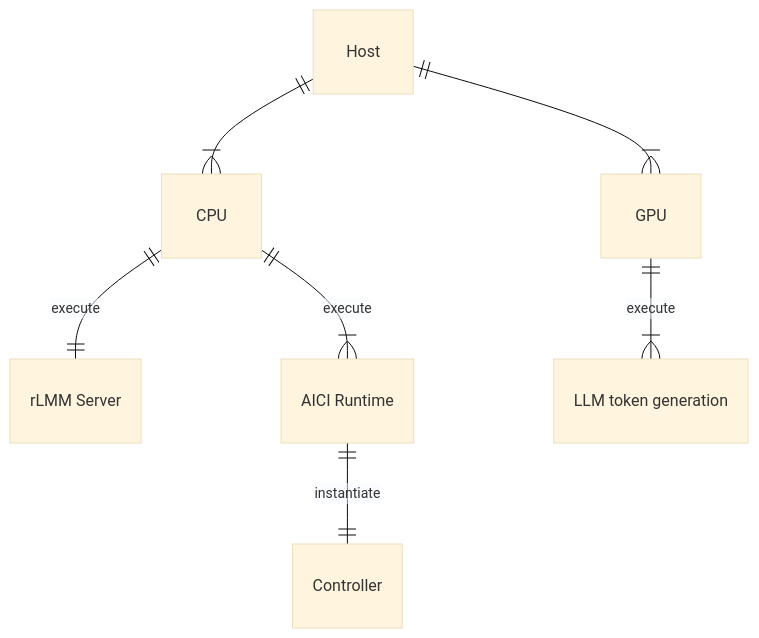
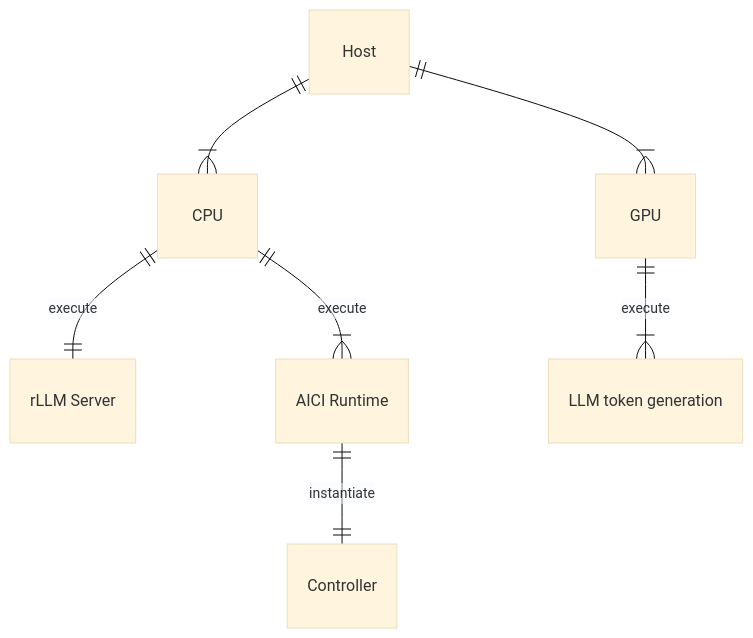
The first of 2 diagrams in README.md (microsoft/aici), drawn with Mermaid (base theme) before and after one commit. The commit also changed other lines of this file and 1 other file, not shown here.

````diff
--- a/README.md
+++ b/README.md
@@ -185,12 +159,12 @@
 ```mermaid
 erDiagram
     Host    ||--|{ CPU : ""
     Host    ||--|{ GPU : ""
     
-    CPU     ||--|| "rLMM Server" : execute
+    CPU     ||--|| "rLLM Server" : execute
     CPU     ||--|{ "AICI Runtime" : execute
 
     "AICI Runtime" ||--|| "Controller" : instantiate
 
     GPU     ||--|{ "LLM token generation" : execute
 ```
````
